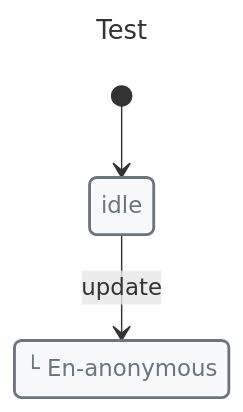
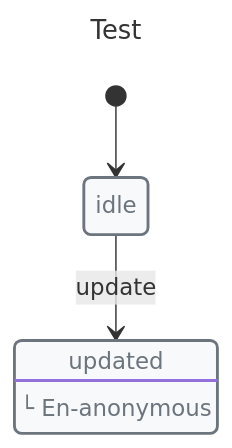
The second of 5 diagrams in docs/concepts/context.md (Masquerade-Circus/x-robot), drawn with Mermaid before and after one commit. The commit also changed other lines of this file and 123 other files, not shown here.

Commit message:
refactor: improve mermaid code

````diff
--- a/docs/concepts/context.md
+++ b/docs/concepts/context.md
@@ -79,24 +79,25 @@
 ```mermaid
 ---
 title: Test
 ---
 
 stateDiagram-v2
+direction TB
 
 classDef danger fill:#f8d7da,stroke:#721c24,stroke-width:2px,text-align:left,color:#721c24
 classDef warning fill:#fff3cd,stroke:#856404,stroke-width:2px,text-align:left,color:#856404
 classDef success fill:#d4edda,stroke:#155724,stroke-width:2px,text-align:left,color:#155724
 classDef primary fill:#cce5ff,stroke:#004085,stroke-width:2px,text-align:left,color:#004085
 classDef info fill:#d1ecf1,stroke:#0c5460,stroke-width:2px,text-align:left,color:#0c5460
 classDef def fill:#f8f9fa,stroke:#6c757d,stroke-width:2px,text-align:left,color:#6c757d
 
-state idle
-state updated
+state "idle" as idle
+state "updated" as updated
 class idle def
 class updated def
 
 updated: └ En-anonymous
 
 [*] --> idle
 idle --> updated: update
 ```
````
